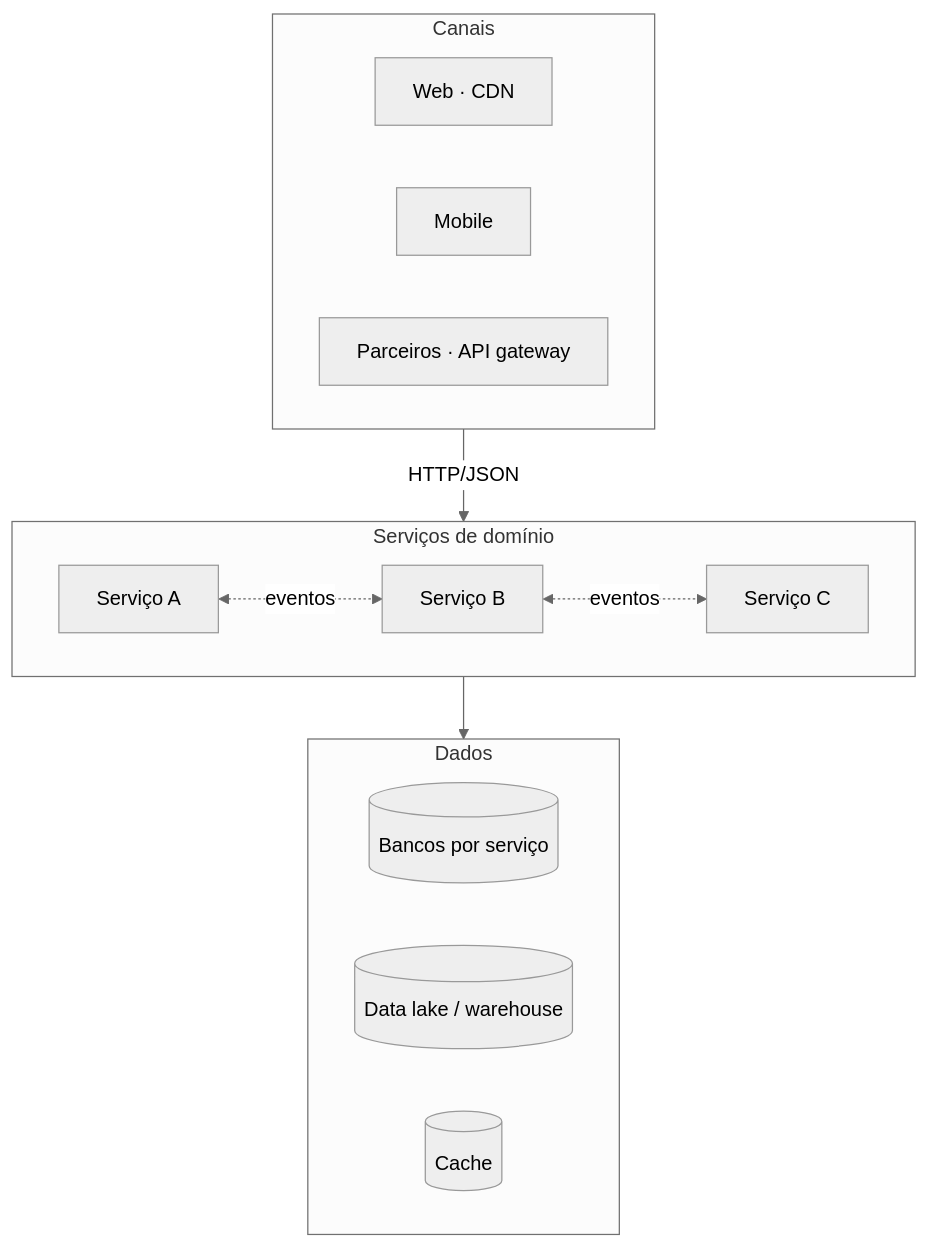
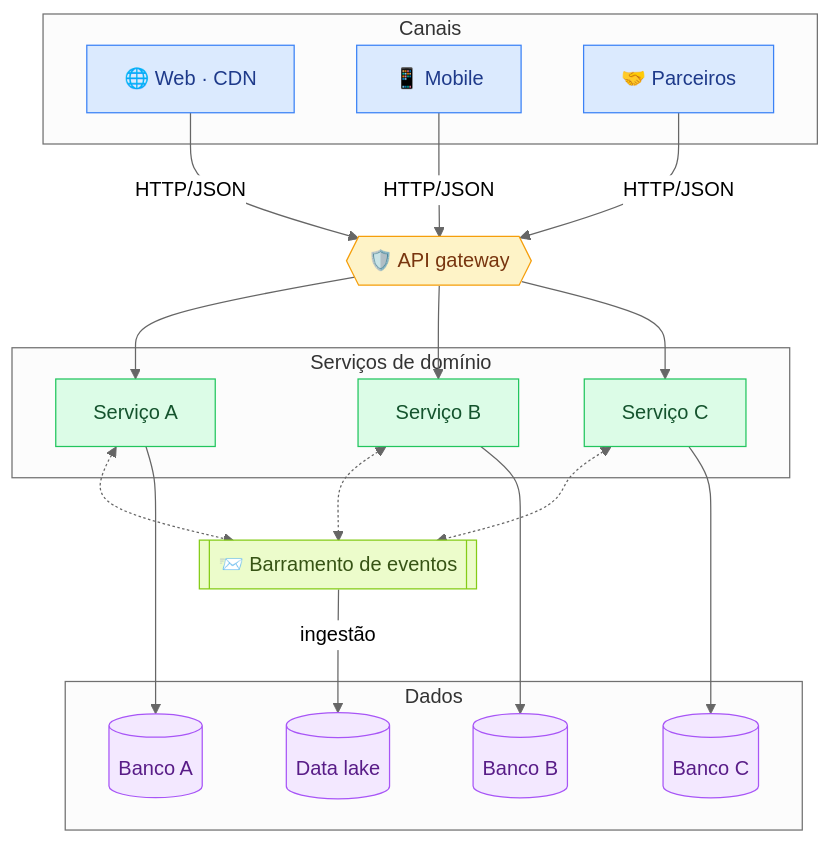
The first of 2 diagrams in arquitetura/docs/visao-geral/camadas-integracoes.md (edtroleis/techdocs-wikis), drawn with Mermaid (neutral theme) before and after one commit. The commit also changed other lines of this file and 10 other files, not shown here.

````diff
--- a/arquitetura/docs/visao-geral/camadas-integracoes.md
+++ b/arquitetura/docs/visao-geral/camadas-integracoes.md
@@ -3,22 +7,35 @@
 ```mermaid
 flowchart TB
     subgraph canais [Canais]
-        web[Web · CDN]
-        mobile[Mobile]
-        parceiros[Parceiros · API gateway]
+        web[🌐 Web · CDN]:::canal
+        mobile[📱 Mobile]:::canal
+        parceiros[🤝 Parceiros]:::canal
     end
+    gw{{🛡️ API gateway}}:::gateway
     subgraph dominio [Serviços de domínio]
-        a[Serviço A]
-        b[Serviço B]
-        c[Serviço C]
-        a <-. eventos .-> b
-        b <-. eventos .-> c
+        a[Serviço A]:::servico
+        b[Serviço B]:::servico
+        c[Serviço C]:::servico
     end
+    bus[[📨 Barramento de eventos]]:::evento
     subgraph dados [Dados]
-        db[(Bancos por serviço)]
-        dw[(Data lake / warehouse)]
-        cache[(Cache)]
+        dba[(Banco A)]:::dados
+        dbb[(Banco B)]:::dados
+        dbc[(Banco C)]:::dados
+        dw[(Data lake)]:::dados
     end
-    canais -- HTTP/JSON --> dominio
-    dominio --> dados
+
+    web & mobile & parceiros -- HTTP/JSON --> gw
+    gw --> a & b & c
+    a & b & c <-.-> bus
+    a --> dba
+    b --> dbb
+    c --> dbc
+    bus -- ingestão --> dw
+
+    classDef canal fill:#dbeafe,stroke:#3b82f6,color:#1e3a8a
+    classDef gateway fill:#fef3c7,stroke:#f59e0b,color:#78350f
+    classDef servico fill:#dcfce7,stroke:#22c55e,color:#14532d
+    classDef evento fill:#ecfccb,stroke:#84cc16,color:#365314
+    classDef dados fill:#f3e8ff,stroke:#a855f7,color:#581c87
 ```
````
